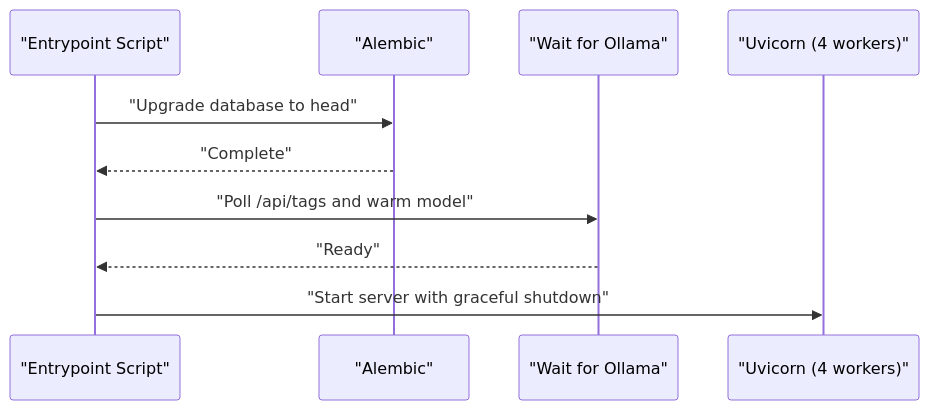
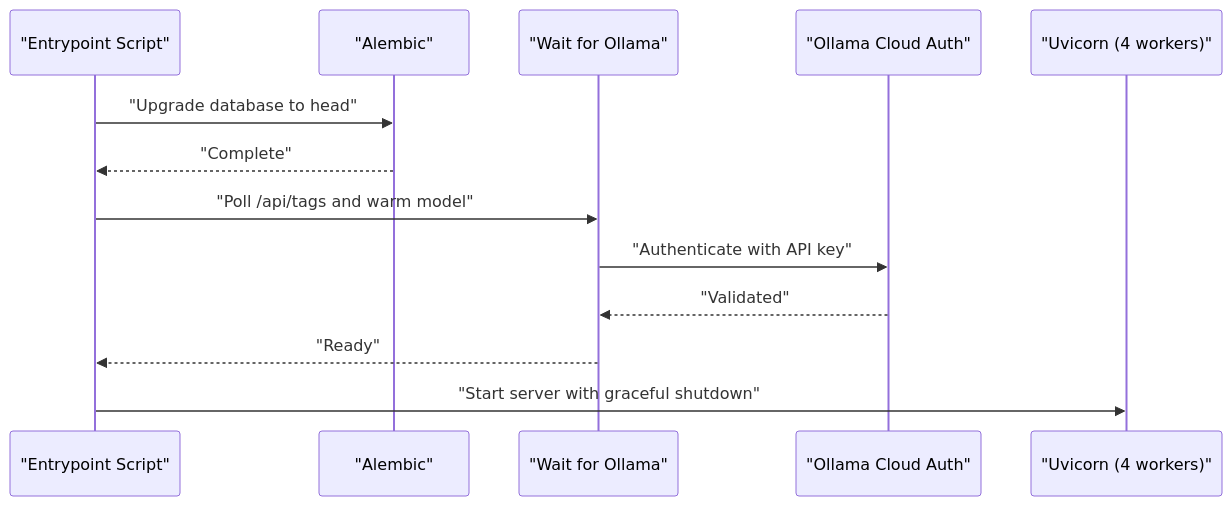
The fourth of 8 diagrams in .qoder/repowiki/en/content/Deployment & DevOps/Deployment & DevOps.md (Revanththetalogics/aireume), drawn with Mermaid before and after one commit. The commit also changed other lines of this file and 11 other files, not shown here.

````diff
--- a/.qoder/repowiki/en/content/Deployment & DevOps/Deployment & DevOps.md
+++ b/.qoder/repowiki/en/content/Deployment & DevOps/Deployment & DevOps.md
@@ -150,12 +195,15 @@
 ```mermaid
 sequenceDiagram
 participant Entrypoint as "Entrypoint Script"
 participant Alembic as "Alembic"
 participant Wait as "Wait for Ollama"
+participant OllamaAuth as "Ollama Cloud Auth"
 participant Uvicorn as "Uvicorn (4 workers)"
 Entrypoint->>Alembic : "Upgrade database to head"
 Alembic-->>Entrypoint : "Complete"
 Entrypoint->>Wait : "Poll /api/tags and warm model"
+Wait->>OllamaAuth : "Authenticate with API key"
+OllamaAuth-->>Wait : "Validated"
 Wait-->>Entrypoint : "Ready"
 Entrypoint->>Uvicorn : "Start server with graceful shutdown"
 ```
````
